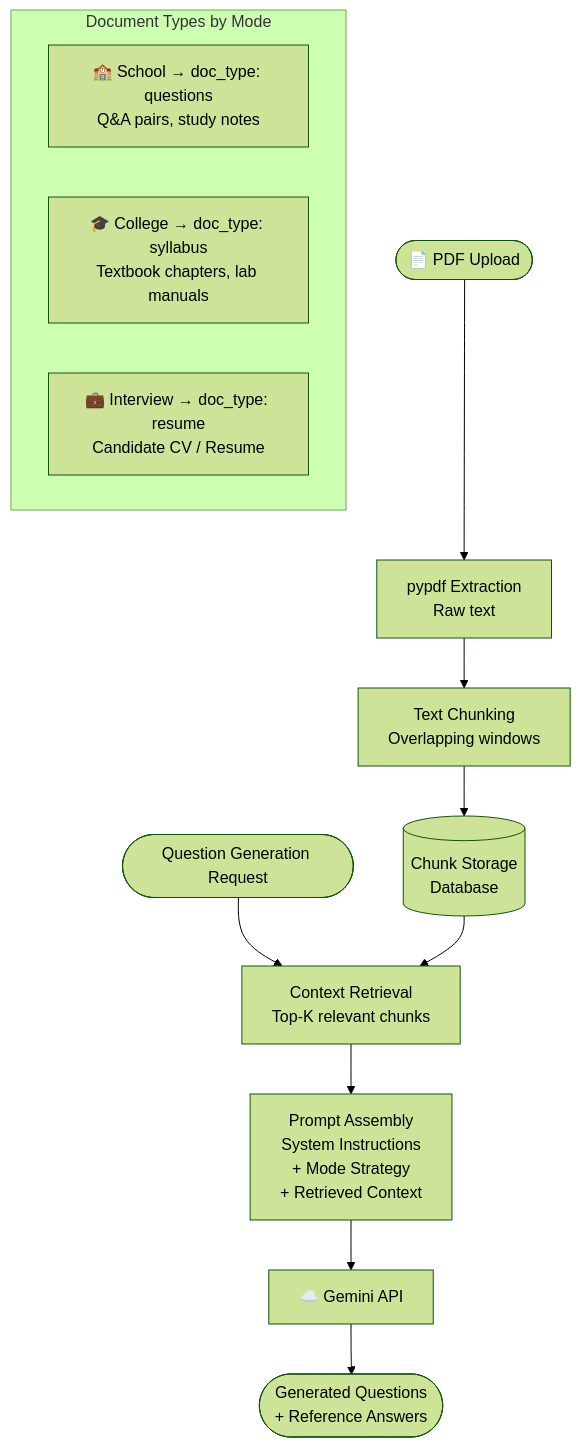
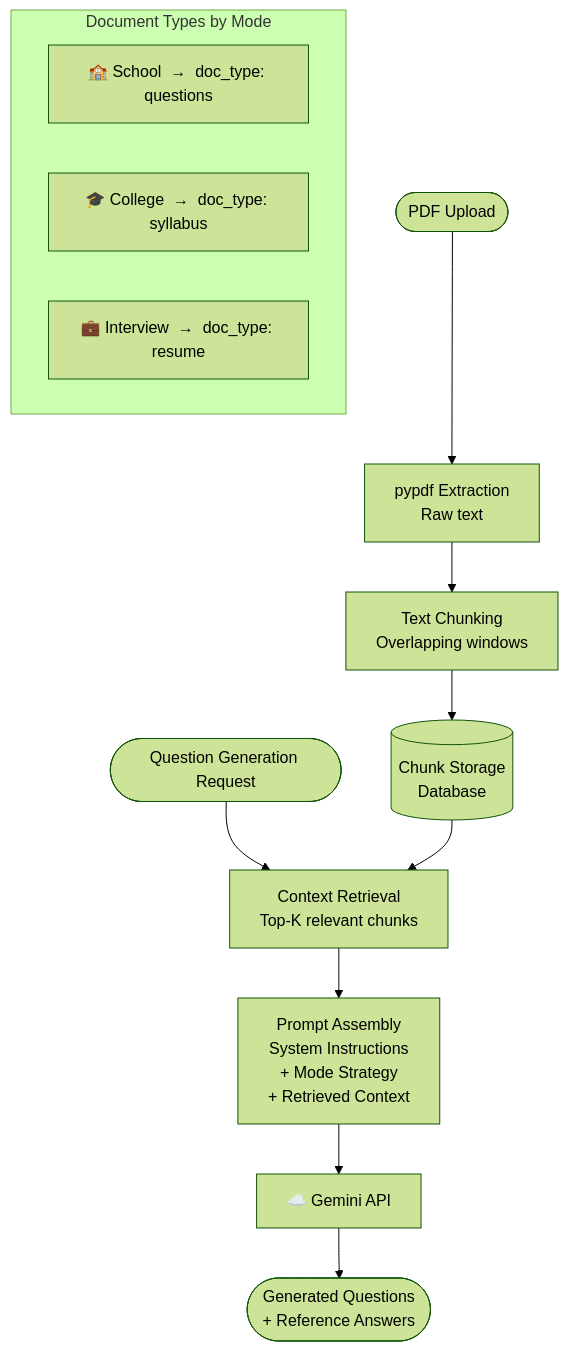
One commit to Anu7276/VIVORA changed the sixth of 8 diagrams in README.md. Above: the diagram before and after it, drawn with Mermaid (forest theme). The commit also changed other lines of this file, not shown here.

Commit message:
fix: escape special chars in Mermaid diagrams - fix curly brace parse errors

````diff
--- a/README.md
+++ b/README.md
@@ -589,19 +532,19 @@
 ```mermaid
 flowchart TD
-    PDF([📄 PDF Upload]) --> EXT[pypdf Extraction\nRaw text]
-    EXT --> CHUNK[Text Chunking\nOverlapping windows]
-    CHUNK --> STORE[(Chunk Storage\nDatabase)]
+    PDF(["PDF Upload"]) --> EXT["pypdf Extraction\nRaw text"]
+    EXT --> CHUNK["Text Chunking\nOverlapping windows"]
+    CHUNK --> STORE[("Chunk Storage\nDatabase")]
 
-    QR([Question Generation Request]) --> RET[Context Retrieval\nTop-K relevant chunks]
+    QR(["Question Generation Request"]) --> RET["Context Retrieval\nTop-K relevant chunks"]
     STORE --> RET
 
-    RET --> PROMPT[Prompt Assembly\nSystem Instructions\n+ Mode Strategy\n+ Retrieved Context]
-    PROMPT --> GEM[☁️ Gemini API]
-    GEM --> QS([Generated Questions\n+ Reference Answers])
+    RET --> PROMPT["Prompt Assembly\nSystem Instructions\n+ Mode Strategy\n+ Retrieved Context"]
+    PROMPT --> GEM["☁️ Gemini API"]
+    GEM --> OUT(["Generated Questions\n+ Reference Answers"])
 
-    subgraph doc_types["Document Types by Mode"]
-        S[🏫 School → doc_type: questions\nQ&A pairs, study notes]
-        C[🎓 College → doc_type: syllabus\nTextbook chapters, lab manuals]
-        I[💼 Interview → doc_type: resume\nCandidate CV / Resume]
+    subgraph TYPES["Document Types by Mode"]
+        S["🏫 School  →  doc_type: questions"]
+        C["🎓 College  →  doc_type: syllabus"]
+        I["💼 Interview  →  doc_type: resume"]
     end
 ```
````
